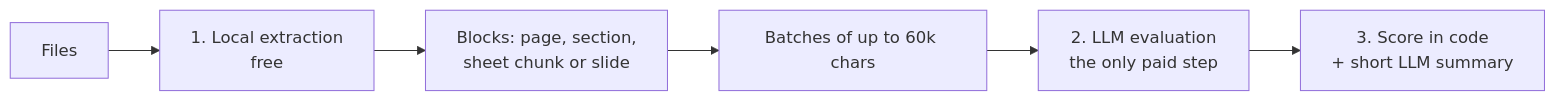
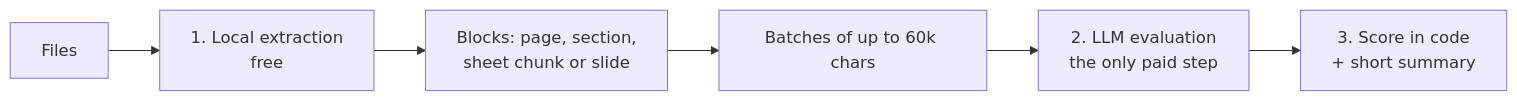
Before and after one commit to lucasboliveirasipp/document-curation-api: the diagram in README.md, drawn with Mermaid. The commit also changed other lines of this file and 22 other files, not shown here.

````diff
--- a/README.md
+++ b/README.md
@@ -22,8 +17,8 @@
 ```mermaid
 graph LR
     F[Files] --> X[1. Local extraction<br/>free]
     X --> B[Blocks: page, section,<br/>sheet chunk or slide]
     B --> L[Batches of up to 60k chars]
     L --> E[2. LLM evaluation<br/>the only paid step]
-    E --> S[3. Score in code<br/>+ short LLM summary]
+    E --> S[3. Score in code<br/>+ short summary]
 ```
````
